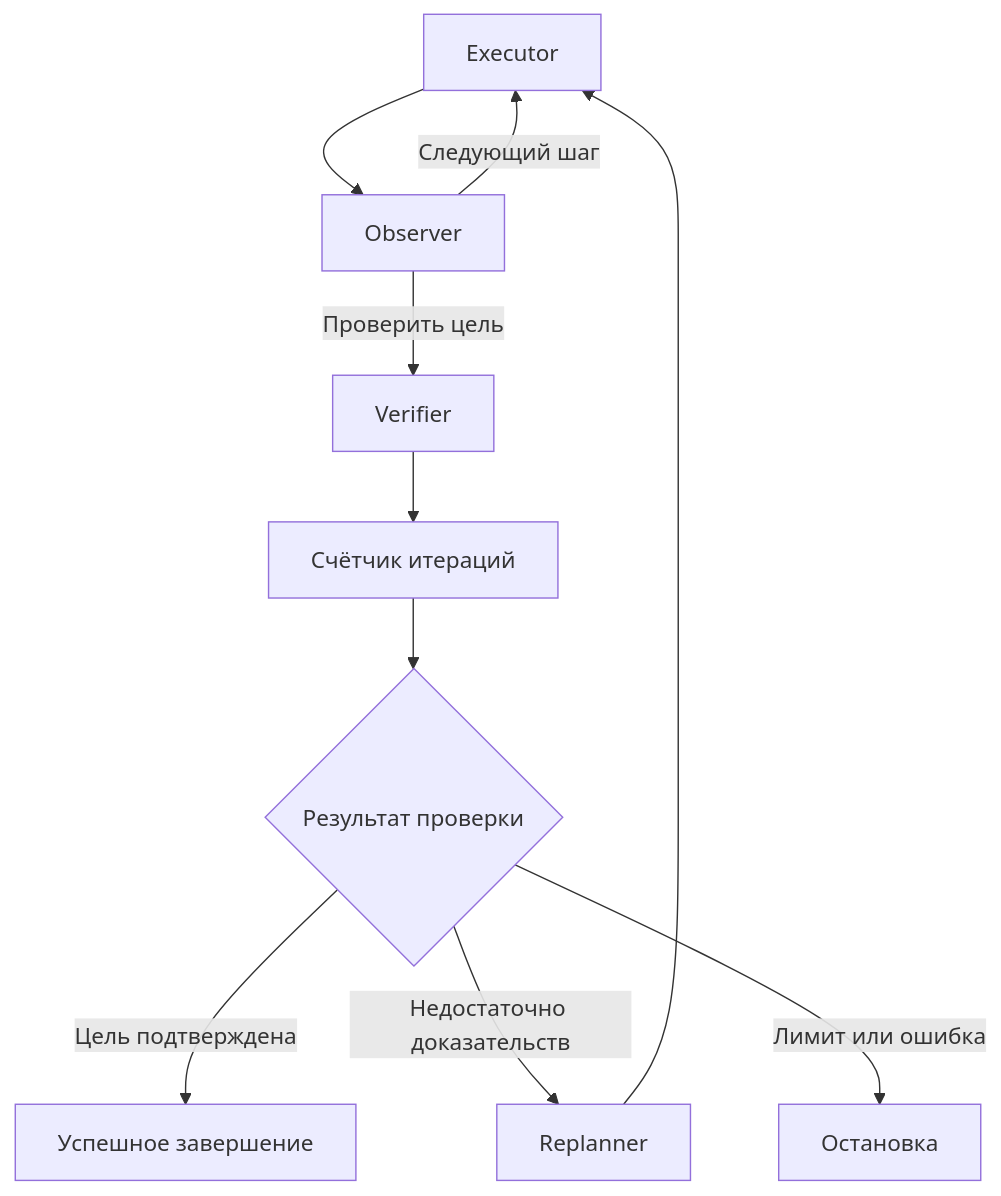
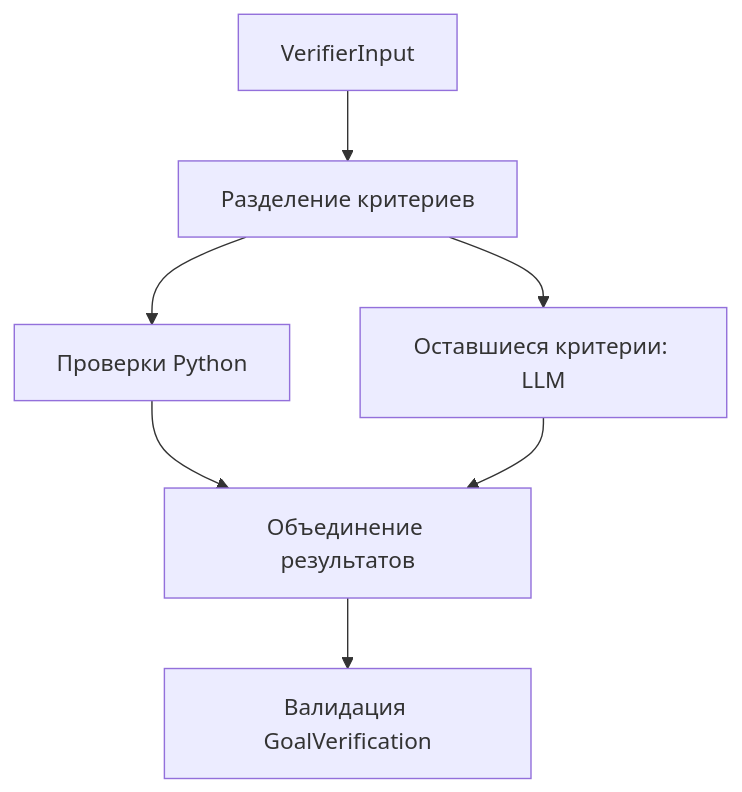
The diagram in README.md (igortin/my-autonomous-agent), drawn with Mermaid before and after one commit. The commit also changed other lines of this file and 9 other files, not shown here.

Commit message:
feat: intermediate LLM and Python deterministic criteria validate on Verifier

````diff
--- a/README.md
+++ b/README.md
@@ -16,12 +18,9 @@
 ```mermaid
 flowchart TD
-    E["Executor"] --> O["Observer"]
-    O -->|"Следующий шаг"| E
-    O -->|"Проверить цель"| V["Verifier"]
-    V --> I["Счётчик итераций"]
-    I --> R{"Результат проверки"}
-    R -->|"Цель подтверждена"| S["Успешное завершение"]
-    R -->|"Недостаточно доказательств"| P["Replanner"]
-    R -->|"Лимит или ошибка"| T["Остановка"]
-    P --> E
+    A["VerifierInput"] --> B["Разделение критериев"]
+    B --> C["Проверки Python"]
+    B --> D["Оставшиеся критерии: LLM"]
+    C --> E["Объединение результатов"]
+    D --> E
+    E --> F["Валидация GoalVerification"]
 ```
````
